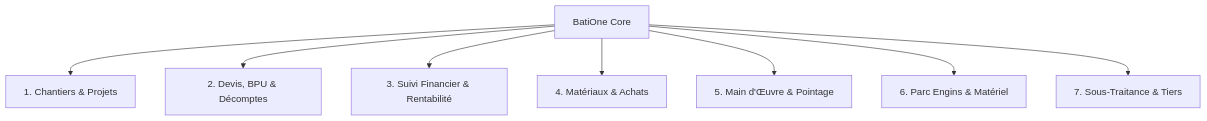
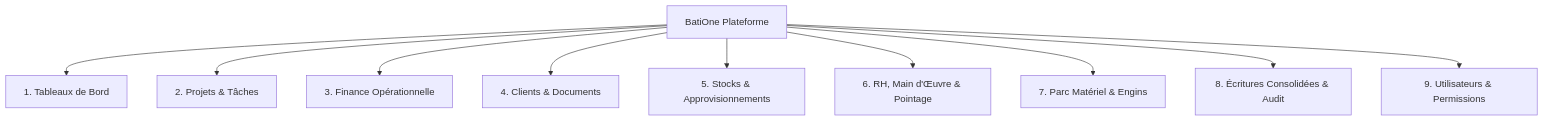
Before and after one commit to EnigmaFete/BatiOne: the diagram in docs/PRODUCT_SPEC.md, drawn with Mermaid. The commit also changed other lines of this file and 10 other files, not shown here.

Commit message:
docs(arch): comprehensive architecture, schema, contracts, and governance specification

````diff
--- a/docs/PRODUCT_SPEC.md
+++ b/docs/PRODUCT_SPEC.md
@@ -35,10 +35,12 @@
 ```mermaid
 graph TD
-    A[BatiOne Core] --> B[1. Chantiers & Projets]
-    A --> C[2. Devis, BPU & Décomptes]
-    A --> D[3. Suivi Financier & Rentabilité]
-    A --> E[4. Matériaux & Achats]
-    A --> F[5. Main d'Œuvre & Pointage]
-    A --> G[6. Parc Engins & Matériel]
-    A --> H[7. Sous-Traitance & Tiers]
+    M0[BatiOne Plateforme] --> M1[1. Tableaux de Bord]
+    M0 --> M2[2. Projets & Tâches]
+    M0 --> M3[3. Finance Opérationnelle]
+    M0 --> M4[4. Clients & Documents]
+    M0 --> M5[5. Stocks & Approvisionnements]
+    M0 --> M6[6. RH, Main d'Œuvre & Pointage]
+    M0 --> M7[7. Parc Matériel & Engins]
+    M0 --> M8[8. Écritures Consolidées & Audit]
+    M0 --> M9[9. Utilisateurs & Permissions]
 ```
````
